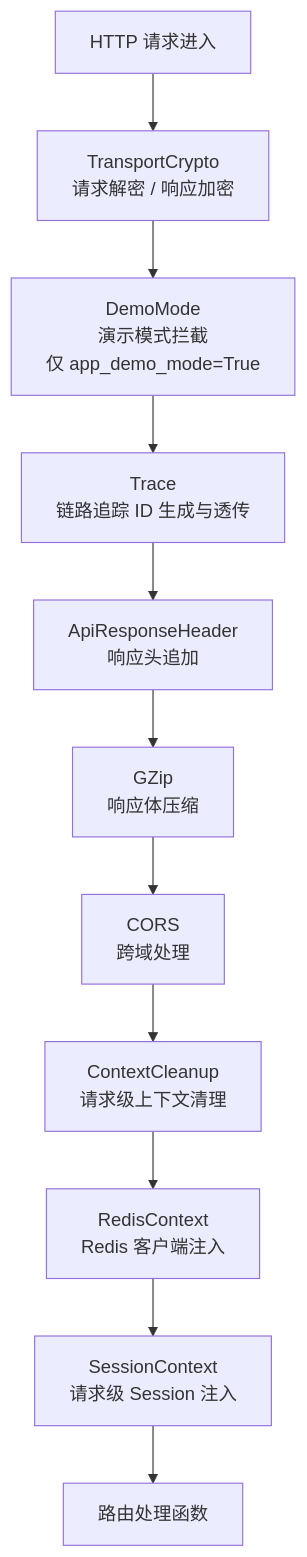
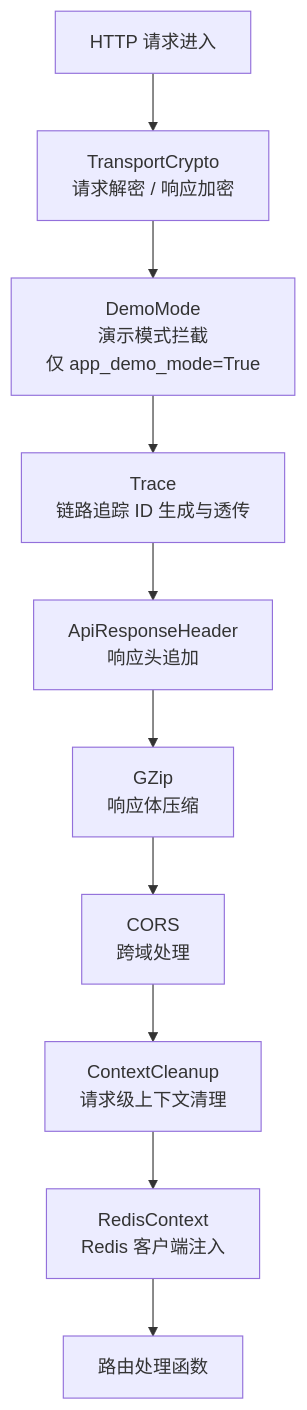
Before and after one commit to jiangwch03/knowledge: the first of 5 diagrams in docs/architecture/中间件链与注解切面.md, drawn with Mermaid. The commit also changed other lines of this file and 75 other files, not shown here.

````diff
--- a/docs/architecture/中间件链与注解切面.md
+++ b/docs/architecture/中间件链与注解切面.md
@@ -7,13 +7,12 @@
 ```mermaid
 graph TD
     Request["HTTP 请求进入"] --> TC["TransportCrypto<br/>请求解密 / 响应加密"]
     TC --> DM["DemoMode<br/>演示模式拦截<br/>仅 app_demo_mode=True"]
     DM --> TM["Trace<br/>链路追踪 ID 生成与透传"]
     TM --> HR["ApiResponseHeader<br/>响应头追加"]
     HR --> GZ["GZip<br/>响应体压缩"]
     GZ --> CORS["CORS<br/>跨域处理"]
     CORS --> CC["ContextCleanup<br/>请求级上下文清理"]
     CC --> RC["RedisContext<br/>Redis 客户端注入"]
-    RC --> SC["SessionContext<br/>请求级 Session 注入"]
-    SC --> Handler["路由处理函数"]
+    RC --> Handler["路由处理函数"]
 ```
````
